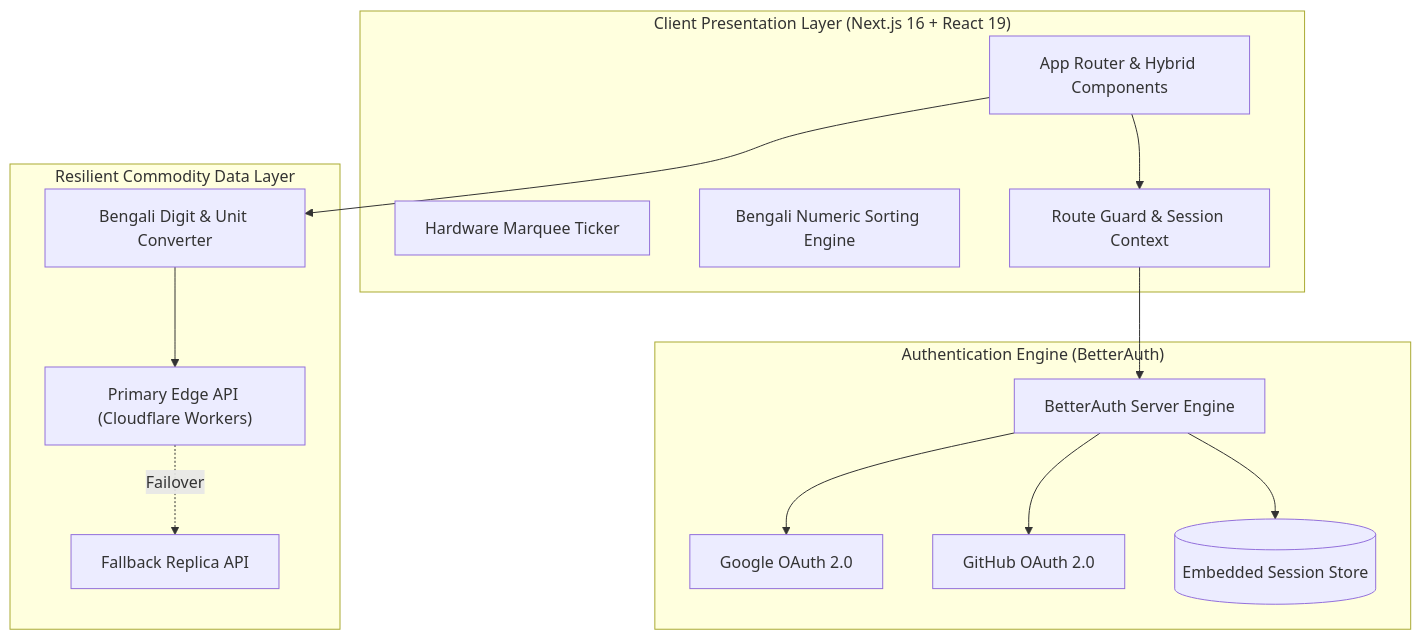
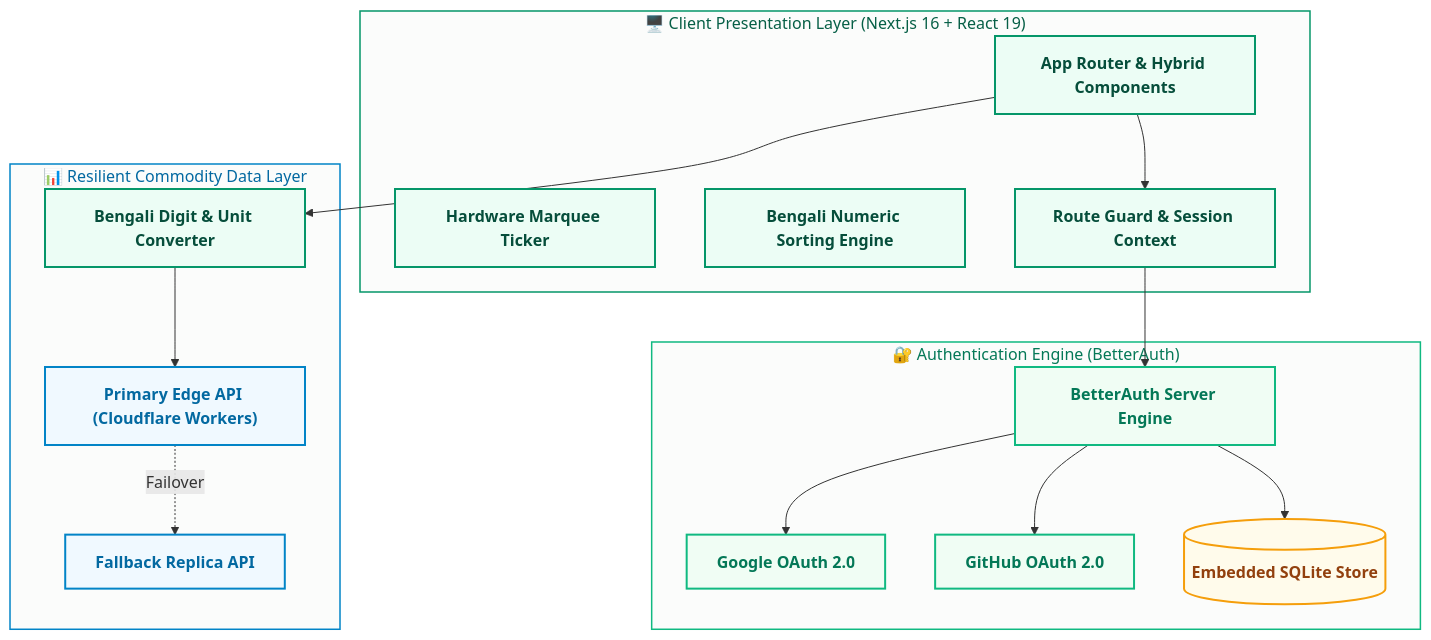
The diagram in README.md (mahfuzhasan2700/Bazar-Dor), drawn with Mermaid before and after one commit.

Commit message:
style(docs): apply website emerald green theme palette to Mermaid architecture diagram

````diff
--- a/README.md
+++ b/README.md
@@ -110,31 +110,40 @@
 ```mermaid
 graph TD
-    subgraph Client ["Client Presentation Layer (Next.js 16 + React 19)"]
-        UI["App Router & Hybrid Components"]
-        Ticker["Hardware Marquee Ticker"]
-        Sort["Bengali Numeric Sorting Engine"]
-        Protected["Route Guard & Session Context"]
+    classDef emerald fill:#ecfdf5,stroke:#059669,stroke-width:2px,color:#064e3b,font-weight:bold;
+    classDef mint fill:#f0fdf4,stroke:#10b981,stroke-width:2px,color:#047857,font-weight:bold;
+    classDef amber fill:#fffbeb,stroke:#f59e0b,stroke-width:2px,color:#92400e,font-weight:bold;
+    classDef sky fill:#f0f9ff,stroke:#0284c7,stroke-width:2px,color:#0369a1,font-weight:bold;
+
+    subgraph Client ["🖥️ Client Presentation Layer (Next.js 16 + React 19)"]
+        UI["App Router & Hybrid Components"]:::emerald
+        Ticker["Hardware Marquee Ticker"]:::emerald
+        Sort["Bengali Numeric Sorting Engine"]:::emerald
+        Protected["Route Guard & Session Context"]:::emerald
     end
 
-    subgraph Auth ["Authentication Engine (BetterAuth)"]
-        BA["BetterAuth Server Engine"]
-        OAuthGoogle["Google OAuth 2.0"]
-        OAuthGH["GitHub OAuth 2.0"]
-        DB[("Embedded Session Store")]
+    subgraph Auth ["🔐 Authentication Engine (BetterAuth)"]
+        BA["BetterAuth Server Engine"]:::mint
+        OAuthGoogle["Google OAuth 2.0"]:::mint
+        OAuthGH["GitHub OAuth 2.0"]:::mint
+        DB[("Embedded SQLite Store")]:::amber
     end
 
-    subgraph Data ["Resilient Commodity Data Layer"]
-        PrimaryAPI["Primary Edge API (Cloudflare Workers)"]
-        ReplicaAPI["Fallback Replica API"]
-        Transformer["Bengali Digit & Unit Converter"]
+    subgraph Data ["📊 Resilient Commodity Data Layer"]
+        PrimaryAPI["Primary Edge API (Cloudflare Workers)"]:::sky
+        ReplicaAPI["Fallback Replica API"]:::sky
+        Transformer["Bengali Digit & Unit Converter"]:::emerald
     end
 
     UI --> Protected
     Protected --> BA
     BA --> OAuthGoogle
     BA --> OAuthGH
     BA --> DB
     UI --> Transformer
     Transformer --> PrimaryAPI
     PrimaryAPI -.->|Failover| ReplicaAPI
+
+    style Client fill:#fbfcfb,stroke:#059669,stroke-width:1.5px,color:#065f46
+    style Auth fill:#fbfcfb,stroke:#10b981,stroke-width:1.5px,color:#047857
+    style Data fill:#fbfcfb,stroke:#0284c7,stroke-width:1.5px,color:#0369a1
 ```
````
